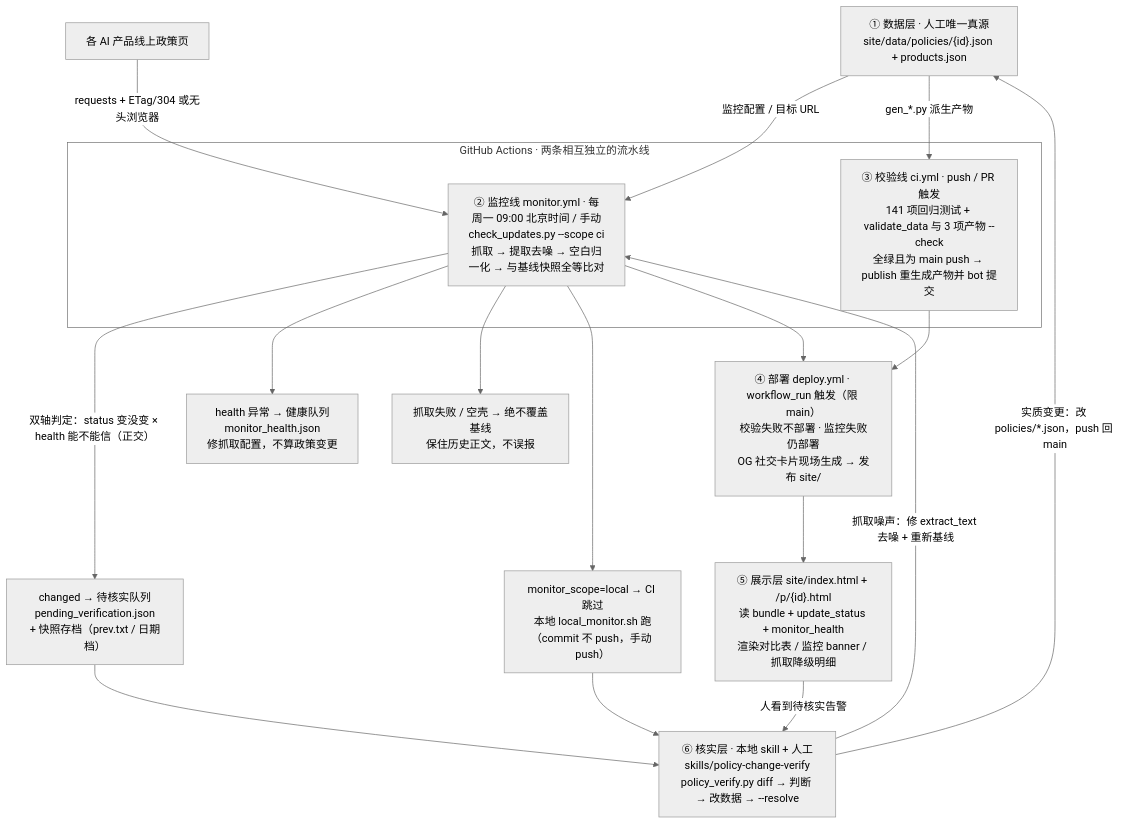
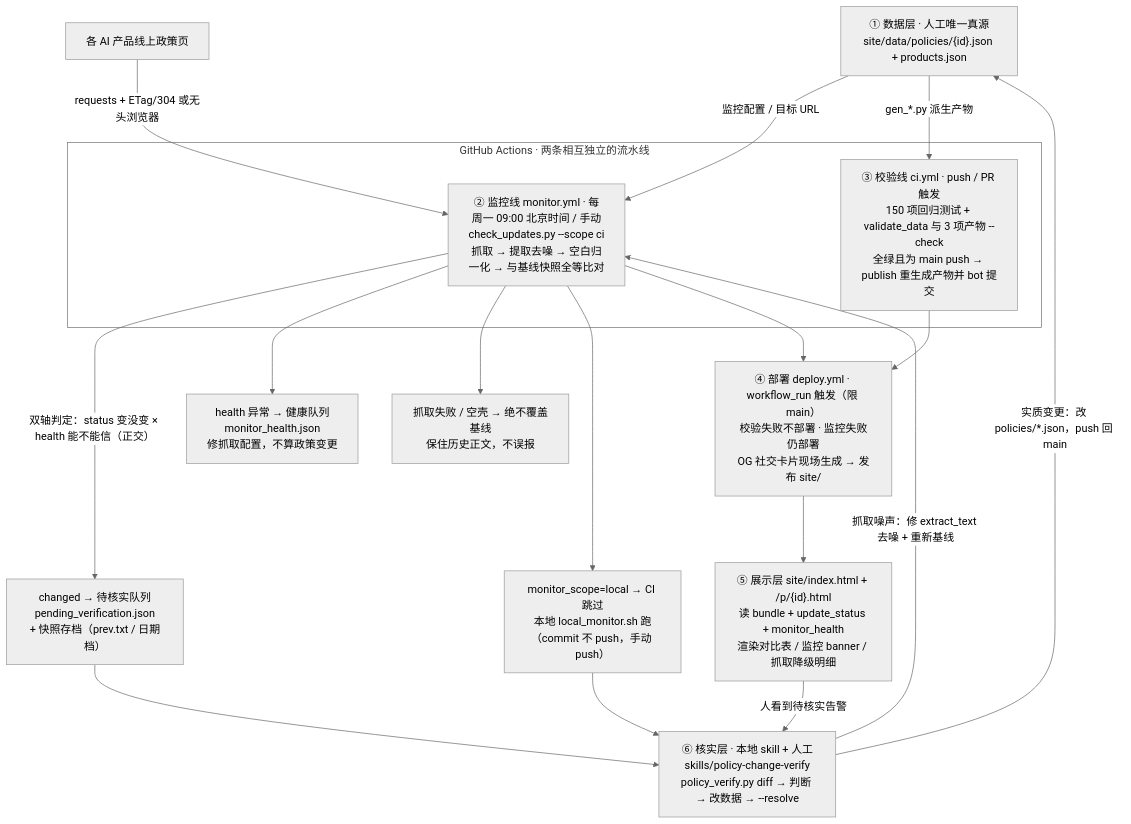
Before and after one commit to 838860610/ai-policy-tracker: the diagram in docs/architecture.md, drawn with Mermaid (neutral theme). The commit also changed 62 other files, not shown here.

````diff
--- a/docs/architecture.md
+++ b/docs/architecture.md
@@ -9,39 +9,39 @@
 ```mermaid
 flowchart TD
     SRC["① 数据层 · 人工唯一真源<br/>site/data/policies/{id}.json + products.json"]
     PAGES["各 AI 产品线上政策页"]
 
     subgraph ACTIONS["GitHub Actions · 两条相互独立的流水线"]
         MON["② 监控线 monitor.yml · 每周一 09:00 北京时间 / 手动<br/>check_updates.py --scope ci<br/>抓取 → 提取去噪 → 空白归一化 → 与基线快照全等比对"]
-        CI["③ 校验线 ci.yml · push / PR 触发<br/>141 项回归测试 + validate_data 与 3 项产物 --check<br/>全绿且为 main push → publish 重生成产物并 bot 提交"]
+        CI["③ 校验线 ci.yml · push / PR 触发<br/>150 项回归测试 + validate_data 与 3 项产物 --check<br/>全绿且为 main push → publish 重生成产物并 bot 提交"]
     end
 
     B1["changed → 待核实队列<br/>pending_verification.json<br/>+ 快照存档（prev.txt / 日期档）"]
     B2["health 异常 → 健康队列<br/>monitor_health.json<br/>修抓取配置，不算政策变更"]
     B3["抓取失败 / 空壳 → 绝不覆盖基线<br/>保住历史正文，不误报"]
     B4["monitor_scope=local → CI 跳过<br/>本地 local_monitor.sh 跑<br/>（commit 不 push，手动 push）"]
 
     DEPLOY["④ 部署 deploy.yml · workflow_run 触发（限 main）<br/>校验失败不部署 · 监控失败仍部署<br/>OG 社交卡片现场生成 → 发布 site/"]
     SITE["⑤ 展示层 site/index.html + /p/{id}.html<br/>读 bundle + update_status + monitor_health<br/>渲染对比表 / 监控 banner / 抓取降级明细"]
     VERIFY["⑥ 核实层 · 本地 skill + 人工<br/>skills/policy-change-verify<br/>policy_verify.py diff → 判断 → 改数据 → --resolve"]
 
     PAGES -->|"requests + ETag/304 或无头浏览器"| MON
     SRC -->|"监控配置 / 目标 URL"| MON
     SRC -->|"gen_*.py 派生产物"| CI
 
     MON -->|"双轴判定：status 变没变 × health 能不能信（正交）"| B1
     MON --> B2
     MON --> B3
     MON --> B4
 
     B1 --> VERIFY
     B4 --> VERIFY
     MON --> DEPLOY
     CI --> DEPLOY
     DEPLOY --> SITE
     SITE -->|"人看到待核实告警"| VERIFY
     VERIFY -->|"实质变更：改 policies/*.json，push 回 main"| SRC
     VERIFY -->|"抓取噪声：修 extract_text 去噪 + 重新基线"| MON
 
     style ACTIONS fill:none
 ```
````
